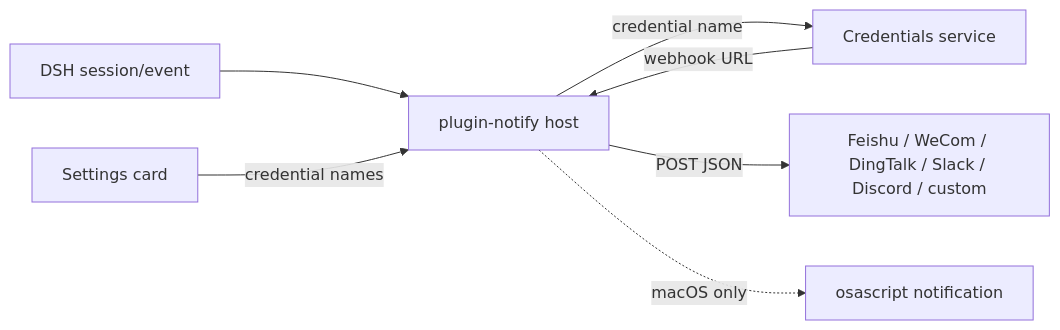
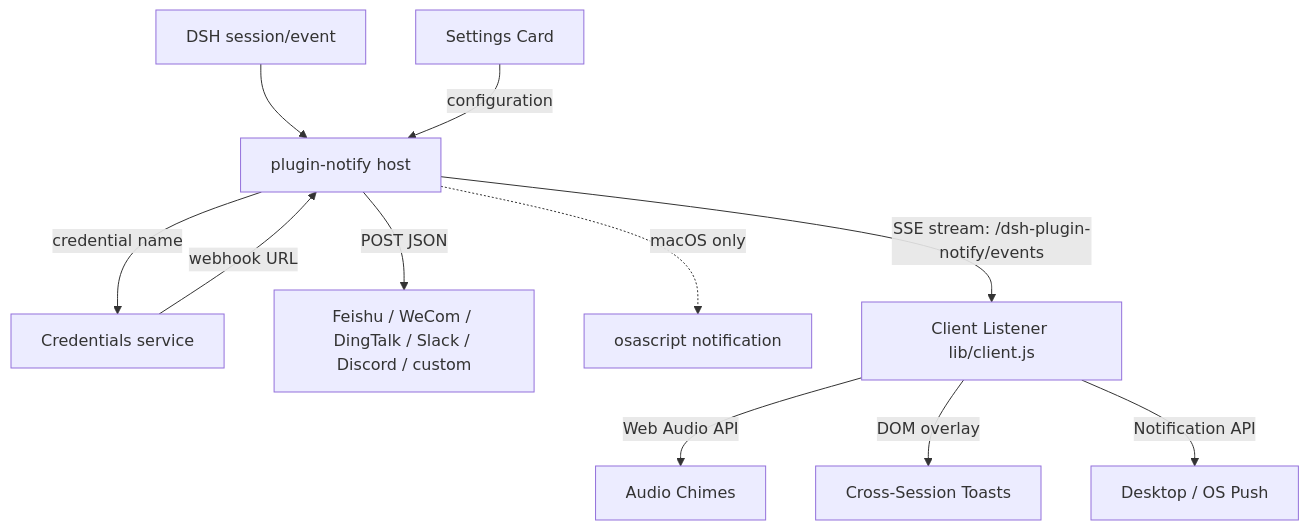
One commit to GooDAnDReaDY/dsh-plugin-notify changed the diagram in README.md. Above: the diagram before and after it, drawn with Mermaid. The commit also changed other lines of this file and 8 other files, not shown here.

First line of the commit message:
feat(notify): audio chimes, cross-session toasts, desktop push, and settings cleanup (#16 #17 #18)

````diff
--- a/README.md
+++ b/README.md
@@ -45,9 +49,13 @@
 ```mermaid
-graph LR
+graph TD
   A[DSH session/event] --> B[plugin-notify host]
   B -->|credential name| C[Credentials service]
   C -->|webhook URL| B
   B -->|POST JSON| D[Feishu / WeCom / DingTalk / Slack / Discord / custom]
   B -.->|macOS only| E[osascript notification]
-  F[Settings card] -->|credential names| B
+  B -->|SSE stream: /dsh-plugin-notify/events| F[Client Listener lib/client.js]
+  F -->|Web Audio API| G[Audio Chimes]
+  F -->|DOM overlay| H[Cross-Session Toasts]
+  F -->|Notification API| I[Desktop / OS Push]
+  J[Settings Card] -->|configuration| B
 ```
````
